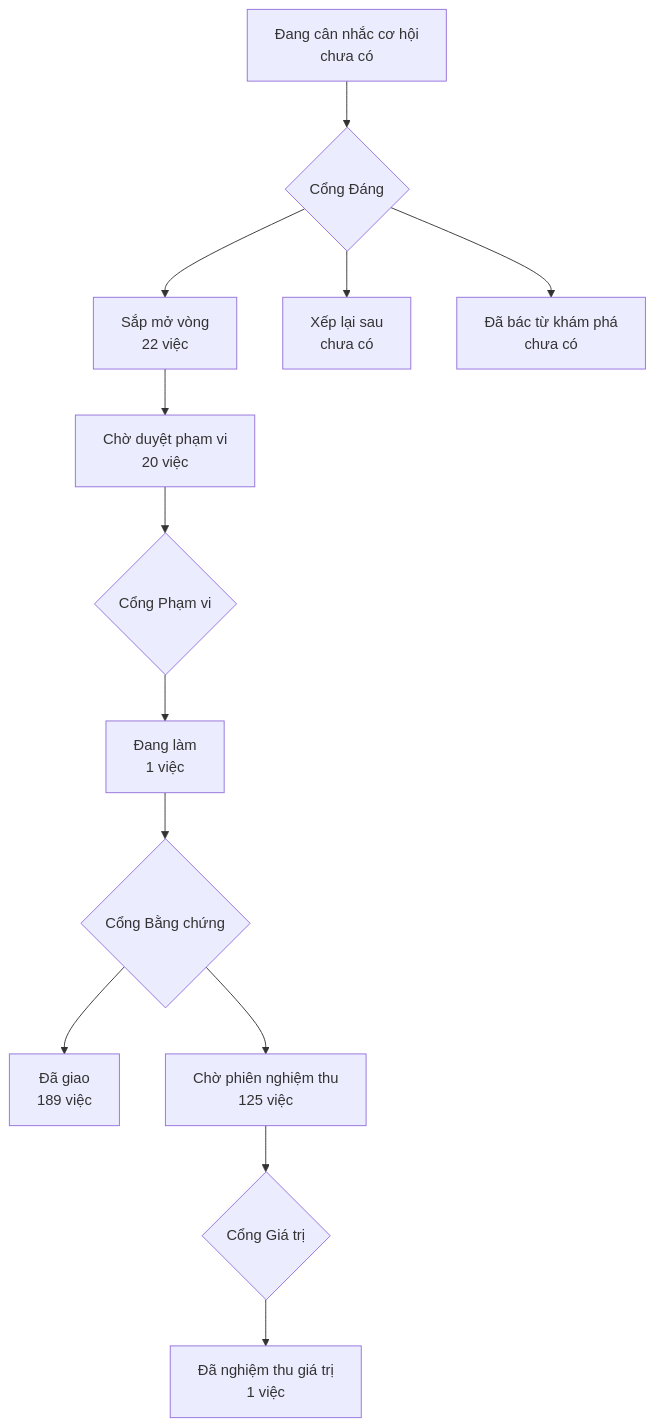
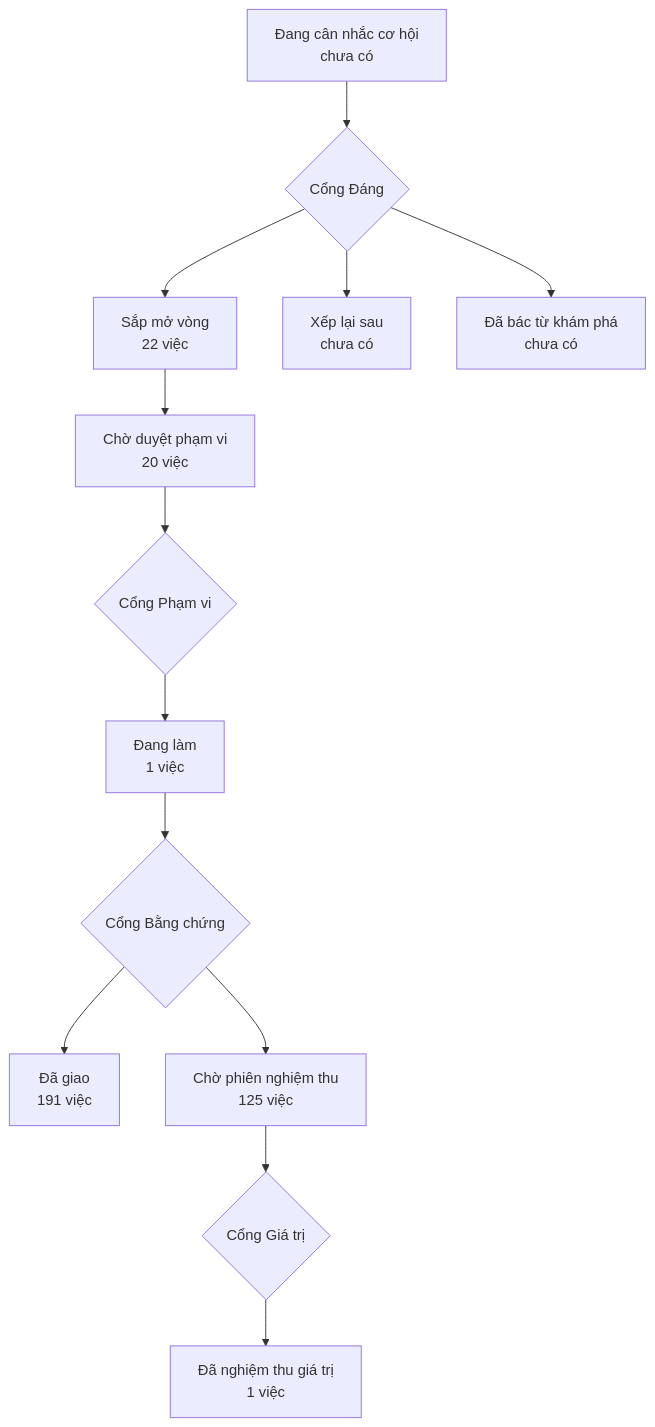
One commit to phanlemanh/onehub-invest changed the diagram in PRODUCT-MAP.md. Above: the diagram before and after it, drawn with Mermaid. The commit also changed other lines of this file and 1 other file, not shown here.

Commit message:
docs: vẽ lại bản đồ sản phẩm sau gộp main (du-an-cua-tin-len-dinh-vi)

````diff
--- a/PRODUCT-MAP.md
+++ b/PRODUCT-MAP.md
@@ -7,12 +7,12 @@
 ```mermaid
 flowchart TD
   A["Đang cân nhắc cơ hội<br/>chưa có"] --> GD{"Cổng Đáng"}
   GD --> B["Sắp mở vòng<br/>22 việc"]
   GD --> XL["Xếp lại sau<br/>chưa có"]
   GD --> DB["Đã bác từ khám phá<br/>chưa có"]
   B --> CD["Chờ duyệt phạm vi<br/>20 việc"] --> GP{"Cổng Phạm vi"}
   GP --> DL["Đang làm<br/>1 việc"] --> GB{"Cổng Bằng chứng"}
-  GB --> DG["Đã giao<br/>189 việc"]
+  GB --> DG["Đã giao<br/>191 việc"]
   GB --> CN["Chờ phiên nghiệm thu<br/>125 việc"] --> GG{"Cổng Giá trị"}
   GG --> NT["Đã nghiệm thu giá trị<br/>1 việc"]
 ```
````
